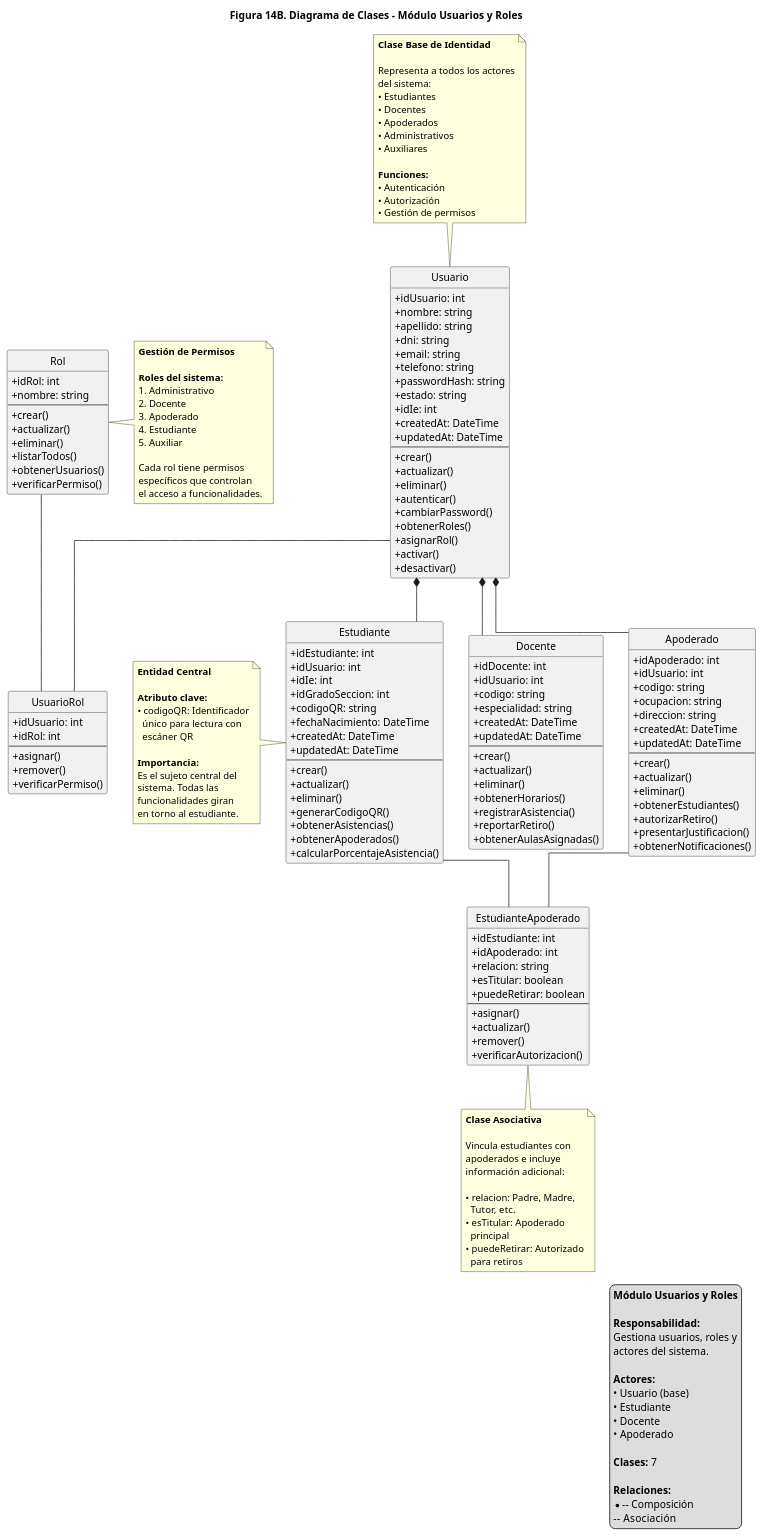
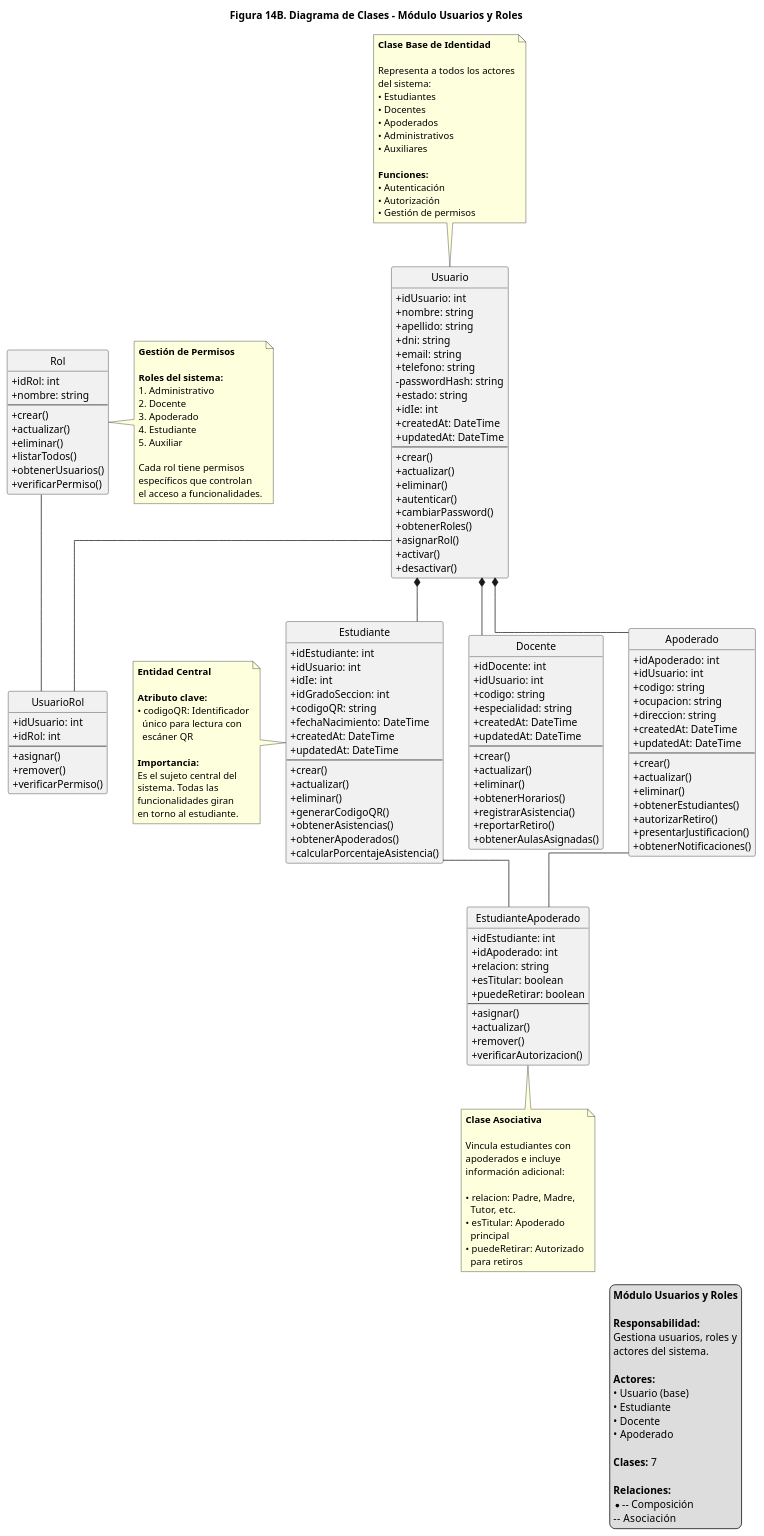
The diagram in UML/figura-14B-modulo-usuarios-roles.puml (PRodrigocm/proyecto-tesis), drawn with PlantUML before and after one commit. The commit also changed 36 other files, not shown here.

```diff
--- a/UML/figura-14B-modulo-usuarios-roles.puml
+++ b/UML/figura-14B-modulo-usuarios-roles.puml
@@ -20,7 +20,7 @@
   +dni: string
   +email: string
   +telefono: string
-  +passwordHash: string
+  -passwordHash: string
   +estado: string
   +idIe: int
   +createdAt: DateTime
```
